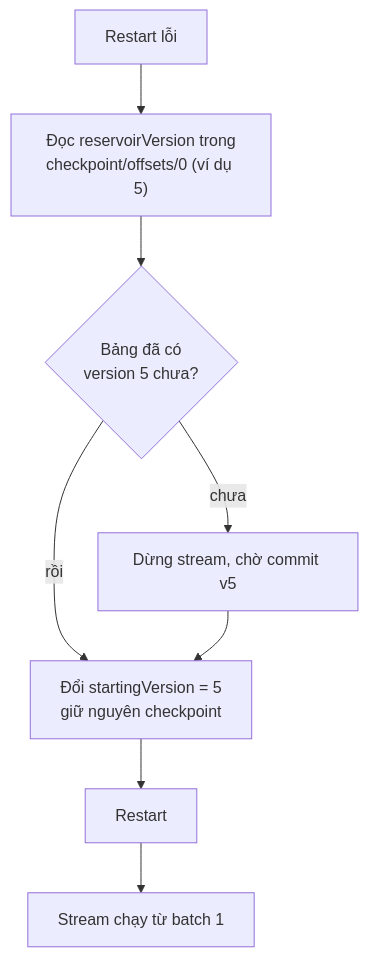
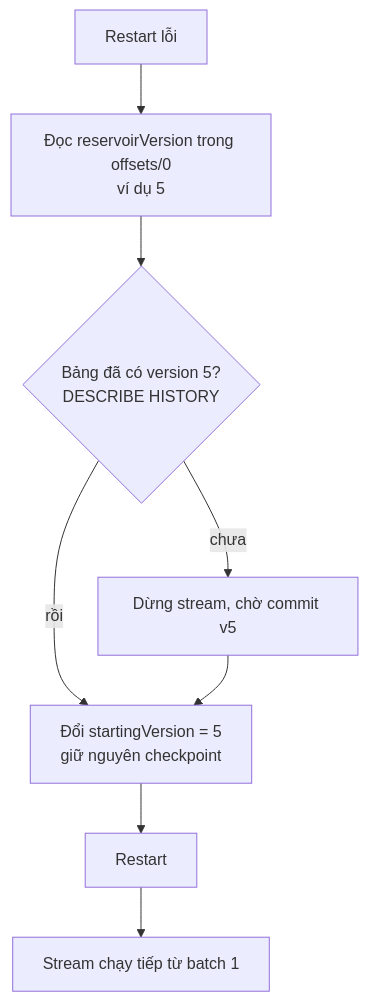
Before and after one commit to devdiary2203/devdiary2203.github.io: the third of 3 diagrams in _posts/2026-11-23-delta-cdf-streaming-restart-fail-after-first-batch.markdown, drawn with Mermaid. The commit also changed other lines of this file and 3 other files, not shown here.

````diff
--- a/_posts/2026-11-23-delta-cdf-streaming-restart-fail-after-first-batch.markdown
+++ b/_posts/2026-11-23-delta-cdf-streaming-restart-fail-after-first-batch.markdown
@@ -187,10 +235,10 @@
 ```mermaid
 flowchart TD
-    A[Restart lỗi] --> B["Đọc reservoirVersion trong<br/>checkpoint/offsets/0 (ví dụ 5)"]
-    B --> C{Bảng đã có<br/>version 5 chưa?}
+    A[Restart lỗi] --> B["Đọc reservoirVersion trong offsets/0<br/>ví dụ 5"]
+    B --> C{"Bảng đã có version 5?<br/>DESCRIBE HISTORY"}
     C -- chưa --> D[Dừng stream, chờ commit v5]
     C -- rồi --> E
     D --> E["Đổi startingVersion = 5<br/>giữ nguyên checkpoint"]
     E --> F[Restart]
-    F --> G[Stream chạy từ batch 1]
+    F --> G[Stream chạy tiếp từ batch 1]
 ```
````
